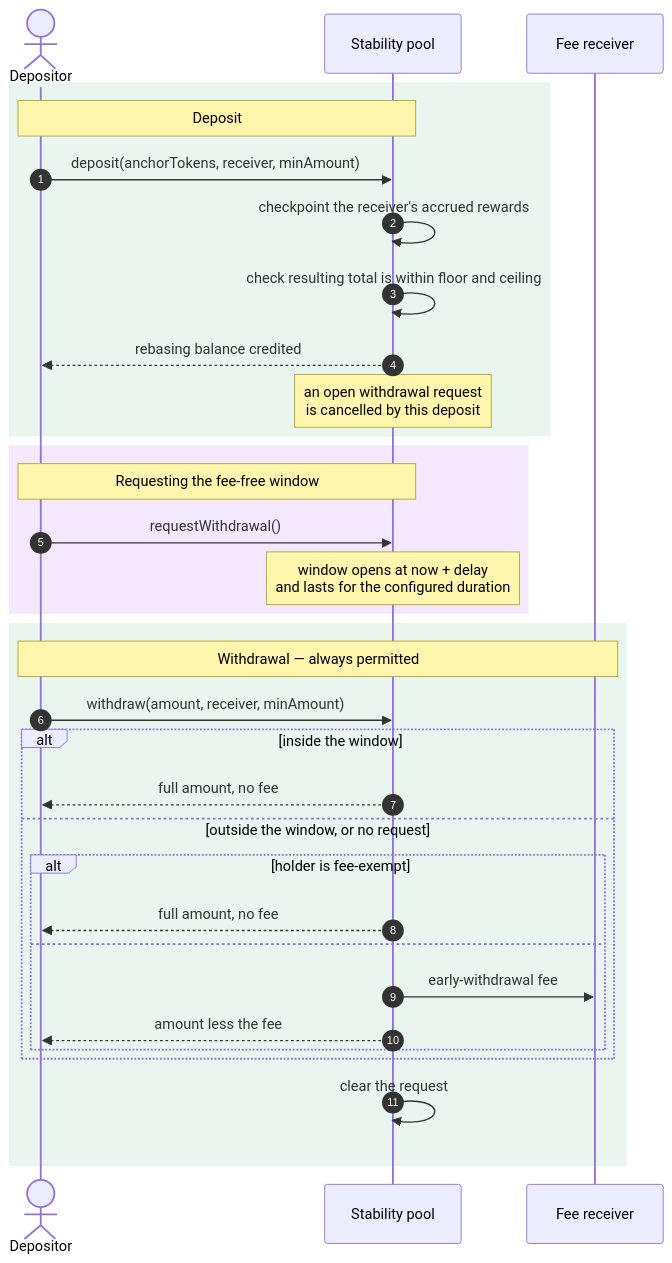
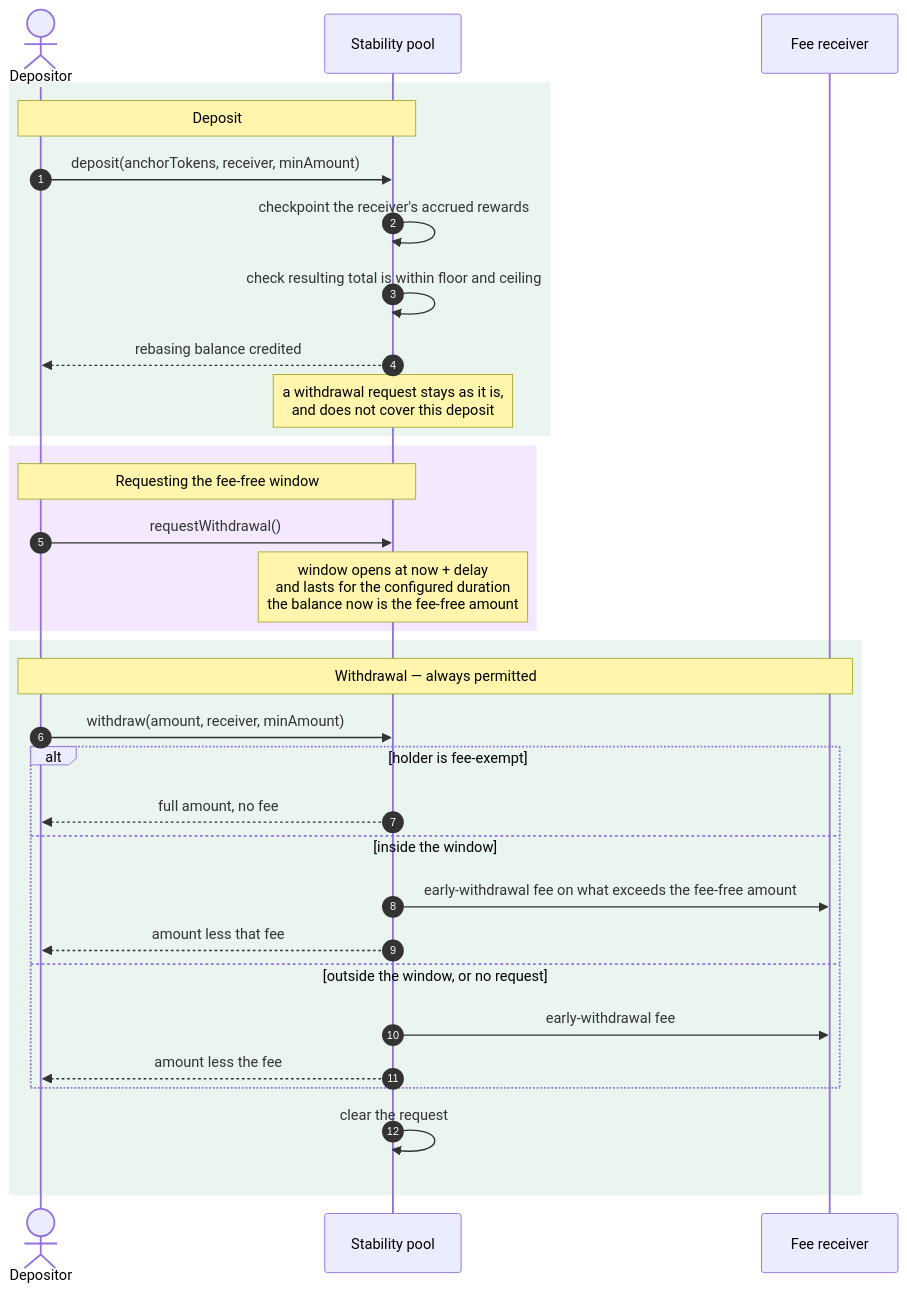
The seventh of 16 diagrams in doc/functional-spec.md (baofinance/harbor), drawn with Mermaid before and after one commit. The commit also changed other lines of this file and 15 other files, not shown here.

Commit message:
- the stability pool's v2-named balance reads forward to its ERC-20 reads, and the manager uses the ERC-20's - the v3 upgrade rehearsal checks what a withdrawal pays and that no holder starts with a fee-free amount - the docs describe a withdrawal request's fee-free amount - updated regression files

````diff
--- a/doc/functional-spec.md
+++ b/doc/functional-spec.md
@@ -1281,38 +1283,37 @@
 ```mermaid
 sequenceDiagram
     autonumber
     actor U as Depositor
     participant P as Stability pool
     participant F as Fee receiver
 
     rect rgb(233, 245, 238)
     note over U,P: Deposit
     U->>P: deposit(anchorTokens, receiver, minAmount)
     P->>P: checkpoint the receiver's accrued rewards
     P->>P: check resulting total is within floor and ceiling
     P-->>U: rebasing balance credited
-    note over P: an open withdrawal request<br/>is cancelled by this deposit
+    note over P: a withdrawal request stays as it is,<br/>and does not cover this deposit
     end
 
     rect rgb(243, 232, 253)
     note over U,P: Requesting the fee-free window
     U->>P: requestWithdrawal()
-    note over P: window opens at now + delay<br/>and lasts for the configured duration
+    note over P: window opens at now + delay<br/>and lasts for the configured duration<br/>the balance now is the fee-free amount
     end
 
     rect rgb(233, 245, 238)
     note over U,F: Withdrawal — always permitted
     U->>P: withdraw(amount, receiver, minAmount)
-    alt inside the window
+    alt holder is fee-exempt
         P-->>U: full amount, no fee
+    else inside the window
+        P->>F: early-withdrawal fee on what exceeds the fee-free amount
+        P-->>U: amount less that fee
     else outside the window, or no request
-        alt holder is fee-exempt
-            P-->>U: full amount, no fee
-        else
-            P->>F: early-withdrawal fee
-            P-->>U: amount less the fee
-        end
+        P->>F: early-withdrawal fee
+        P-->>U: amount less the fee
     end
     P->>P: clear the request
     end
 ```
````
